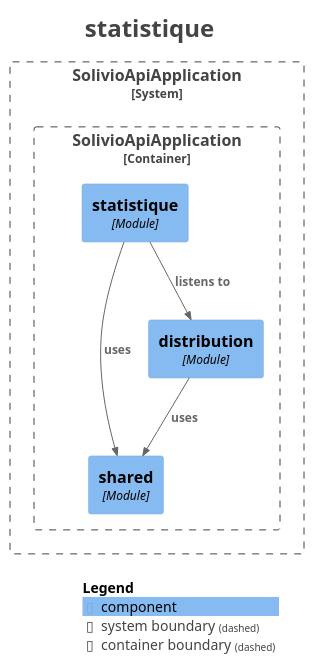
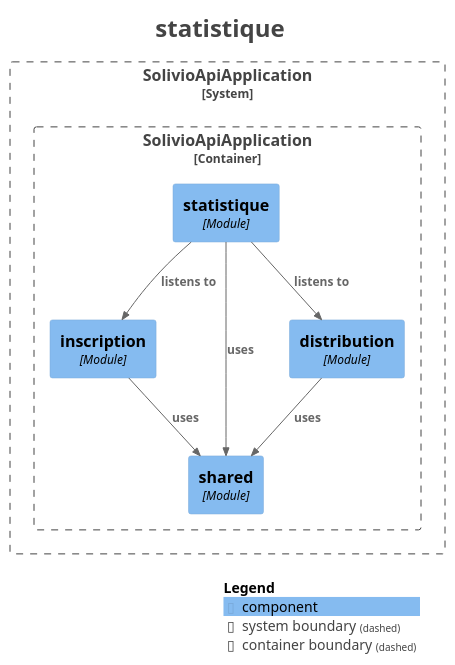
One commit to Joello61/solivio changed the diagram in docs/modules/module-statistique.puml. Above: the diagram before and after it, drawn with PlantUML. The commit also changed 11 other files, not shown here.

```diff
--- a/docs/modules/module-statistique.puml
+++ b/docs/modules/module-statistique.puml
@@ -1,33 +1,36 @@
 @startuml
 title <size:24>statistique</size>
 
 set separator none
 top to bottom direction
 
 <style>
   root {
     BackgroundColor: #ffffff
     FontColor: #444444
   }
 </style>
 
 !include <C4/C4>
 !include <C4/C4_Context>
 !include <C4/C4_Component>
 
 System_Boundary("SolivioApiApplication_boundary", "SolivioApiApplication", $tags="") {
   Container_Boundary("SolivioApiApplication.SolivioApiApplication_boundary", "SolivioApiApplication", $tags="") {
+    Component(SolivioApiApplication.SolivioApiApplication.inscription, "inscription", $techn="Module", $descr="", $tags="", $link="")
     Component(SolivioApiApplication.SolivioApiApplication.statistique, "statistique", $techn="Module", $descr="", $tags="", $link="")
     Component(SolivioApiApplication.SolivioApiApplication.shared, "shared", $techn="Module", $descr="", $tags="", $link="")
     Component(SolivioApiApplication.SolivioApiApplication.distribution, "distribution", $techn="Module", $descr="", $tags="", $link="")
   }
 
 }
 
 Rel(SolivioApiApplication.SolivioApiApplication.statistique, SolivioApiApplication.SolivioApiApplication.distribution, "listens to", $techn="", $tags="", $link="")
+Rel(SolivioApiApplication.SolivioApiApplication.statistique, SolivioApiApplication.SolivioApiApplication.inscription, "listens to", $techn="", $tags="", $link="")
 Rel(SolivioApiApplication.SolivioApiApplication.statistique, SolivioApiApplication.SolivioApiApplication.shared, "uses", $techn="", $tags="", $link="")
+Rel(SolivioApiApplication.SolivioApiApplication.inscription, SolivioApiApplication.SolivioApiApplication.shared, "uses", $techn="", $tags="", $link="")
 Rel(SolivioApiApplication.SolivioApiApplication.distribution, SolivioApiApplication.SolivioApiApplication.shared, "uses", $techn="", $tags="", $link="")
 
 SHOW_LEGEND(true)
 hide stereotypes
 @enduml
```
